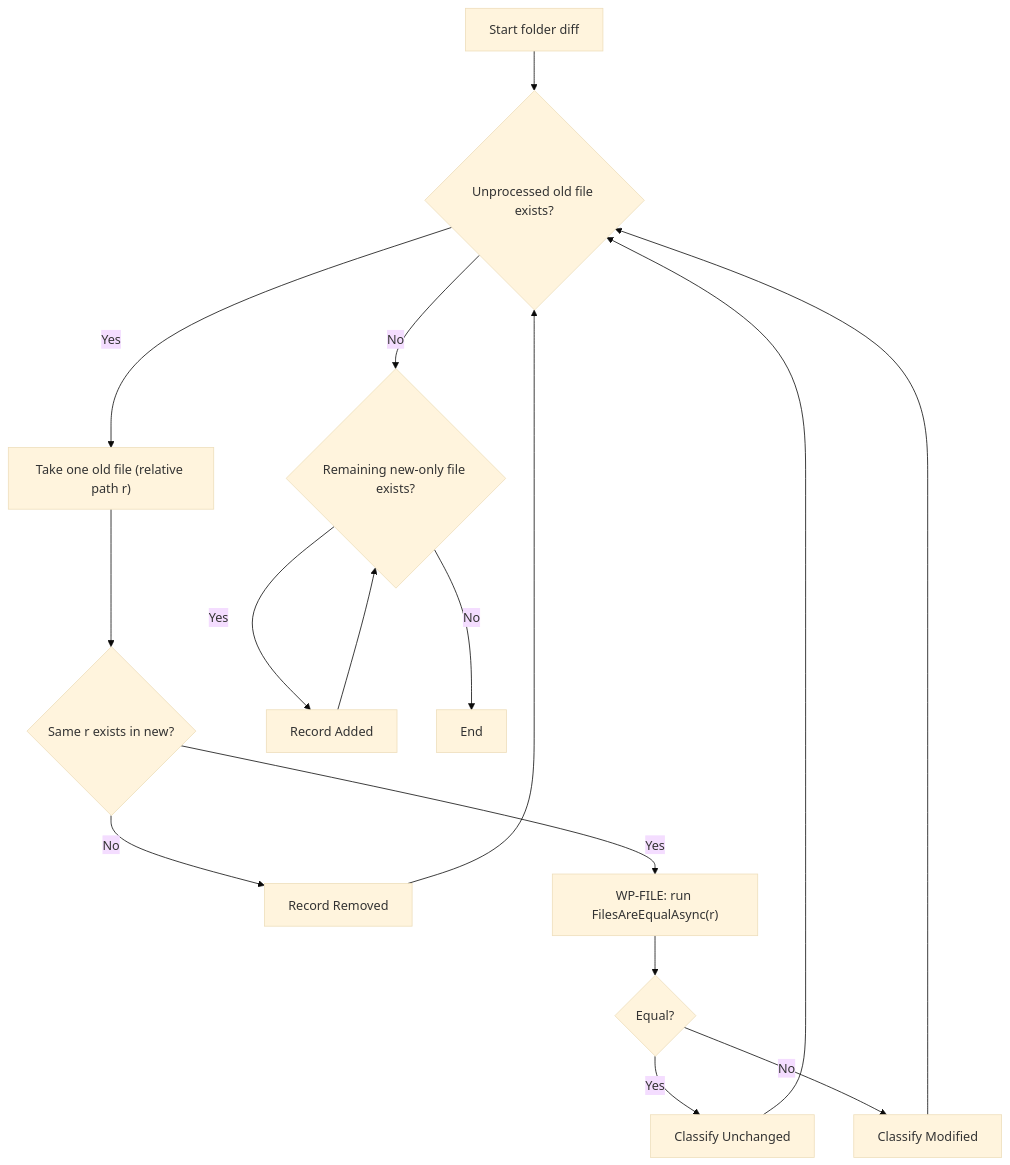
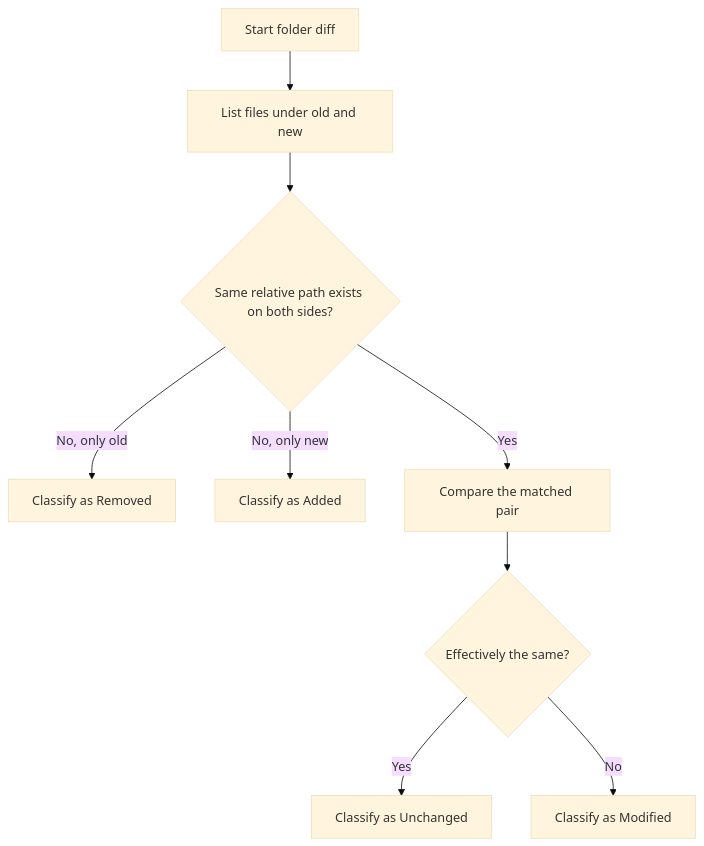
The first of 2 diagrams in README.md (Widthdom/FolderDiffIL4DotNet), drawn with Mermaid (base theme) before and after one commit. The commit also changed other lines of this file and 1 other file, not shown here.

````diff
--- a/README.md
+++ b/README.md
@@ -88,14 +88,11 @@
 ```mermaid
 flowchart TD
-    A["Start folder diff"] --> B{"Unprocessed old file exists?"}
-    B -- "Yes" --> C["Take one old file (relative path r)"]
-    C --> D{"Same r exists in new?"}
-    D -- "No" --> E["Record Removed"] --> B
-    D -- "Yes" --> F["WP-FILE: run FilesAreEqualAsync(r)"]
-    F --> G{"Equal?"}
-    G -- "Yes" --> H["Classify Unchanged"] --> B
-    G -- "No" --> I["Classify Modified"] --> B
-    B -- "No" --> J{"Remaining new-only file exists?"}
-    J -- "Yes" --> K["Record Added"] --> J
-    J -- "No" --> L["End"]
+    A["Start folder diff"] --> B["List files under old and new"]
+    B --> C{"Same relative path exists on both sides?"}
+    C -- "No, only old" --> D["Classify as Removed"]
+    C -- "No, only new" --> E["Classify as Added"]
+    C -- "Yes" --> F["Compare the matched pair"]
+    F --> G{"Effectively the same?"}
+    G -- "Yes" --> H["Classify as Unchanged"]
+    G -- "No" --> I["Classify as Modified"]
 ```
````
